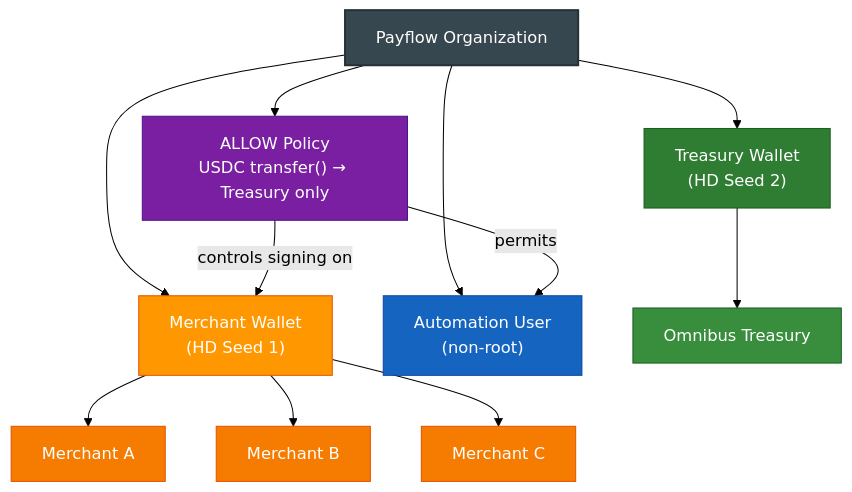
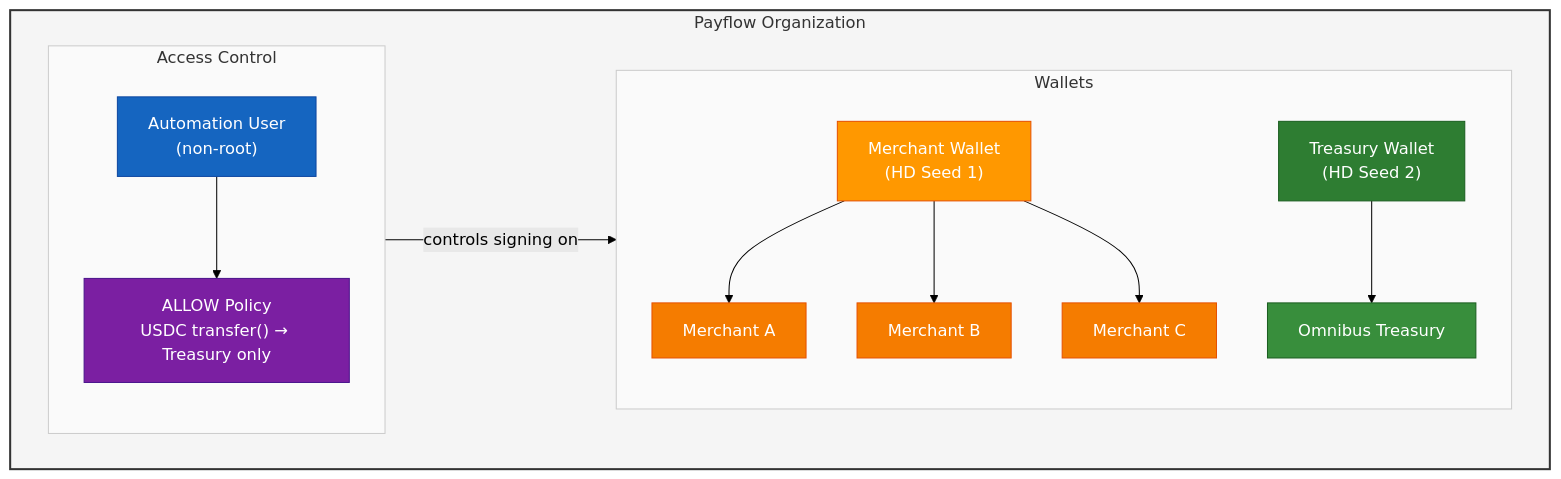
One commit to tkhq/sdk changed the first of 2 diagrams in examples/payflow-demo/docs/payflow-readout.md. Above: the diagram before and after it, drawn with Mermaid (forest theme). The commit also changed other lines of this file and 1 other file, not shown here.

````diff
--- a/examples/payflow-demo/docs/payflow-readout.md
+++ b/examples/payflow-demo/docs/payflow-readout.md
@@ -29,28 +29,33 @@
 ```mermaid
-graph TB
-    Org["Payflow Organization"]
+graph LR
+    subgraph Org["Payflow Organization"]
+        direction LR
 
-    Org --> MW["Merchant Wallet\n(HD Seed 1)"]
-    Org --> TW["Treasury Wallet\n(HD Seed 2)"]
-    Org --> AU["Automation User\n(non-root)"]
-    Org --> P["ALLOW Policy\nUSDC transfer() → Treasury only"]
+        subgraph Keys["Wallets"]
+            direction TB
+            MW["Merchant Wallet\n(HD Seed 1)"] --> M0["Merchant A"]
+            MW --> M1["Merchant B"]
+            MW --> M2["Merchant C"]
+            TW["Treasury Wallet\n(HD Seed 2)"] --> T["Omnibus Treasury"]
+        end
 
-    MW --> M0["Merchant A"]
-    MW --> M1["Merchant B"]
-    MW --> M2["Merchant C"]
+        subgraph Access["Access Control"]
+            direction TB
+            AU["Automation User\n(non-root)"] --> P["ALLOW Policy\nUSDC transfer() → Treasury only"]
+        end
 
-    TW --> T["Omnibus Treasury"]
+        Access -- "controls signing on" --> Keys
+    end
 
-    P -- "permits" --> AU
-    P -- "controls signing on" --> MW
-
-    style Org fill:#37474f,stroke:#263238,color:#fff,stroke-width:2px
+    style Org fill:#f5f5f5,stroke:#333,stroke-width:2px
+    style Keys fill:#fafafa,stroke:#ccc
+    style Access fill:#fafafa,stroke:#ccc
     style MW fill:#ff9800,stroke:#e65100,color:#fff
     style M0 fill:#f57c00,stroke:#e65100,color:#fff
     style M1 fill:#f57c00,stroke:#e65100,color:#fff
     style M2 fill:#f57c00,stroke:#e65100,color:#fff
     style TW fill:#2e7d32,stroke:#1b5e20,color:#fff
     style T fill:#388e3c,stroke:#1b5e20,color:#fff
     style AU fill:#1565c0,stroke:#0d47a1,color:#fff
     style P fill:#7b1fa2,stroke:#4a148c,color:#fff
 ```
````
